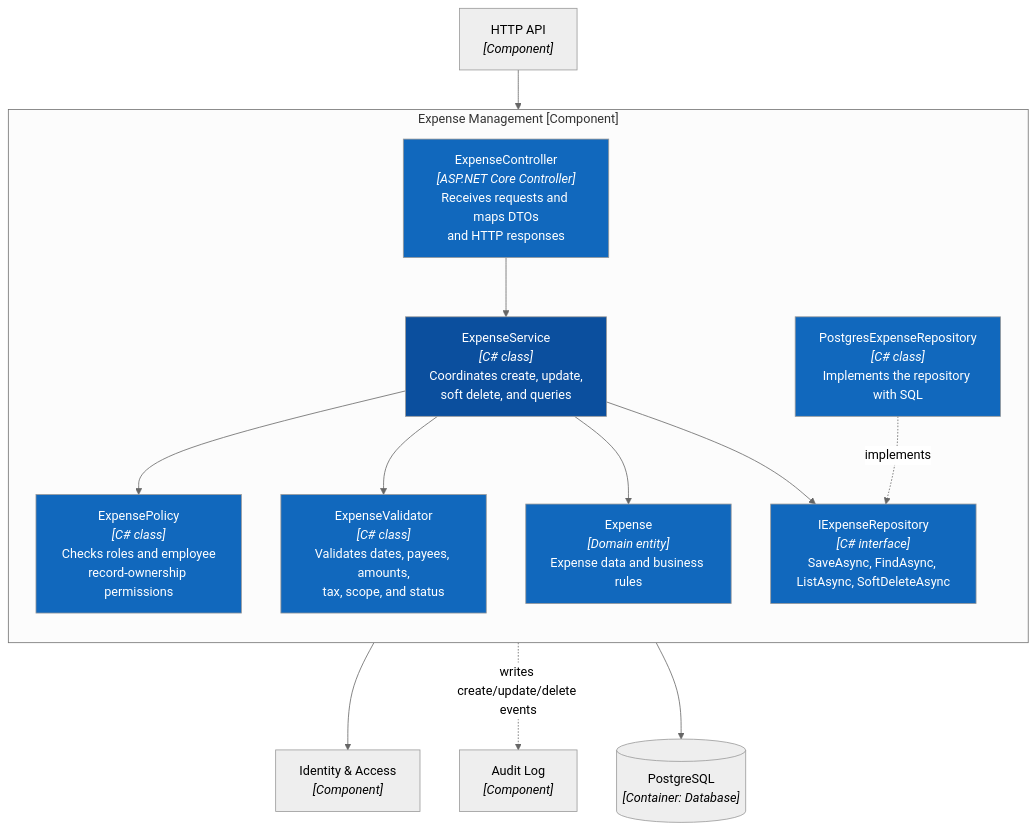
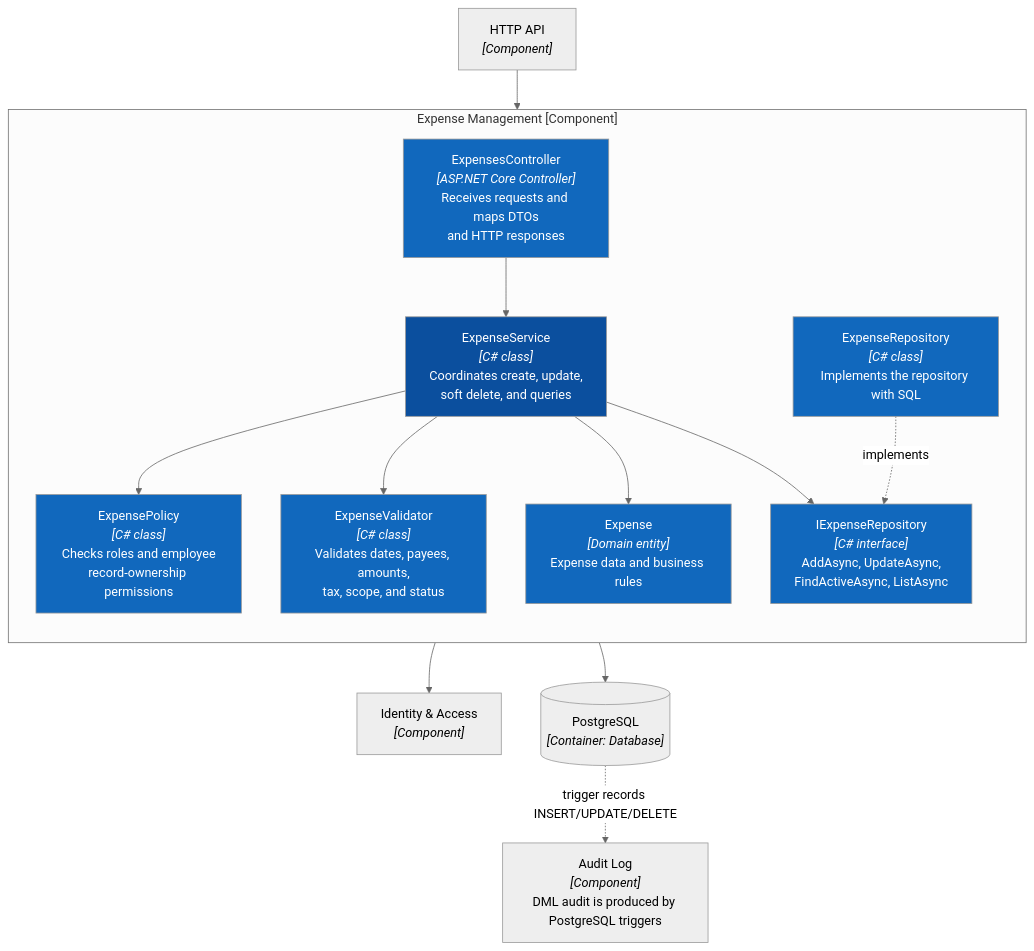
One commit to PhamHiep948/finance-manager changed the second of 2 diagrams in docs/architecture/c4/04-code.md. Above: the diagram before and after it, drawn with Mermaid (neutral theme). The commit also changed other lines of this file and 63 other files, not shown here.

Commit message:
Update income/expense UI, C4/runtime diagrams

````diff
--- a/docs/architecture/c4/04-code.md
+++ b/docs/architecture/c4/04-code.md
@@ -52,38 +52,38 @@
 ```mermaid
 flowchart TB
     subgraph expense["Expense Management [Component]"]
         direction TB
-        handler["ExpenseController<br/><i>[ASP.NET Core Controller]</i><br/>Receives requests and maps DTOs<br/>and HTTP responses"]
+        handler["ExpensesController<br/><i>[ASP.NET Core Controller]</i><br/>Receives requests and maps DTOs<br/>and HTTP responses"]
         service["ExpenseService<br/><i>[C# class]</i><br/>Coordinates create, update,<br/>soft delete, and queries"]
         policy["ExpensePolicy<br/><i>[C# class]</i><br/>Checks roles and employee<br/>record-ownership permissions"]
         validator["ExpenseValidator<br/><i>[C# class]</i><br/>Validates dates, payees, amounts,<br/>tax, scope, and status"]
         model["Expense<br/><i>[Domain entity]</i><br/>Expense data and business rules"]
-        repository["IExpenseRepository<br/><i>[C# interface]</i><br/>SaveAsync, FindAsync, ListAsync, SoftDeleteAsync"]
-        postgres["PostgresExpenseRepository<br/><i>[C# class]</i><br/>Implements the repository with SQL"]
+        repository["IExpenseRepository<br/><i>[C# interface]</i><br/>AddAsync, UpdateAsync,<br/>FindActiveAsync, ListAsync"]
+        postgres["ExpenseRepository<br/><i>[C# class]</i><br/>Implements the repository with SQL"]
 
         handler --> service
         service --> policy
         service --> validator
         service --> model
         service --> repository
         postgres -.->|"implements"| repository
     end
 
     api["HTTP API<br/><i>[Component]</i>"]
     identity["Identity & Access<br/><i>[Component]</i>"]
-    audit["Audit Log<br/><i>[Component]</i>"]
+    audit["Audit Log<br/><i>[Component]</i><br/>DML audit is produced by PostgreSQL triggers"]
     db[("PostgreSQL<br/><i>[Container: Database]</i>")]
 
     api --> handler
     policy --> identity
-    service -.->|"writes create/update/delete events"| audit
     postgres --> db
+    db -.->|"trigger records INSERT/UPDATE/DELETE"| audit
 
     style handler fill:#1168bd,color:#fff
     style service fill:#0b4f9e,color:#fff
     style policy fill:#1168bd,color:#fff
     style validator fill:#1168bd,color:#fff
     style model fill:#1168bd,color:#fff
     style repository fill:#1168bd,color:#fff
     style postgres fill:#1168bd,color:#fff
 ```
````
